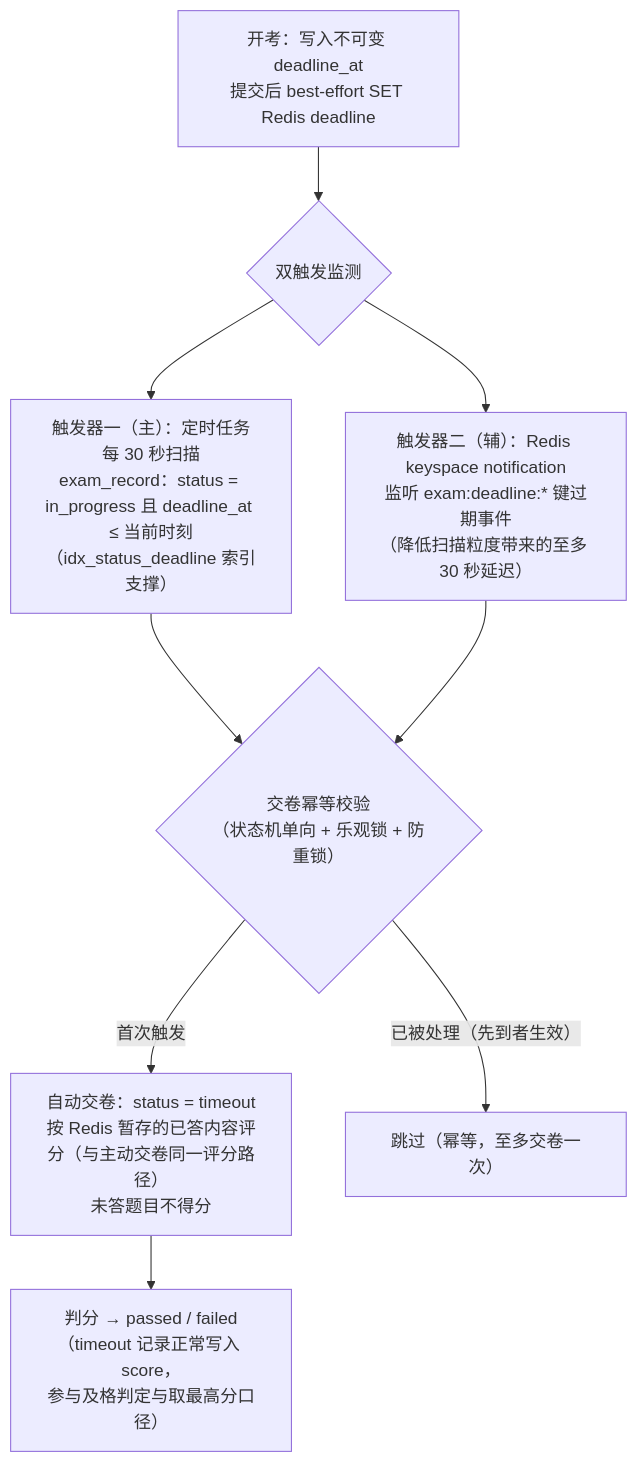
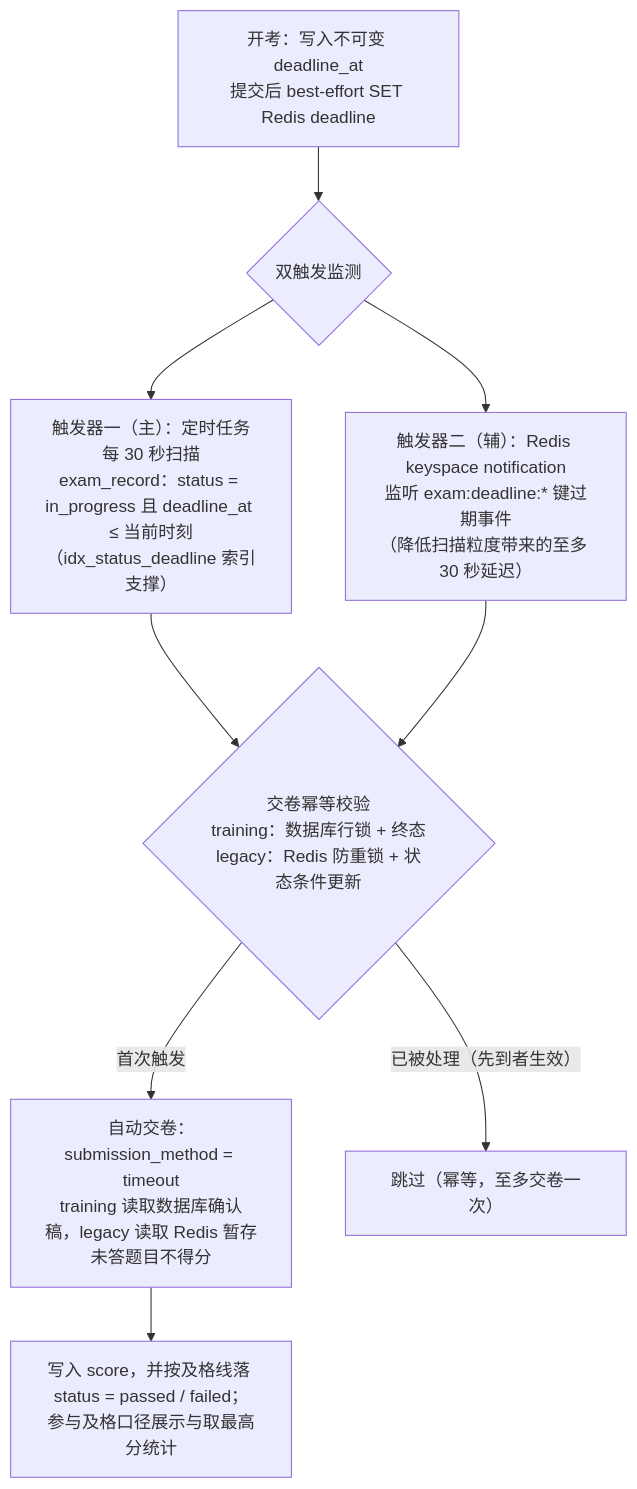
Diagram 13 of 23 in docs/design/06-关键流程.md (caoguanjie/emodor-exam), drawn with Mermaid before and after one commit. The commit also changed other lines of this file and 181 other files, not shown here.

````diff
--- a/docs/design/06-关键流程.md
+++ b/docs/design/06-关键流程.md
@@ -751,11 +762,11 @@
 ```mermaid
 flowchart TB
     START["开考：写入不可变 deadline_at<br/>提交后 best-effort SET Redis deadline"] --> DUAL{"双触发监测"}
     DUAL --> T1["触发器一（主）：定时任务每 30 秒扫描<br/>exam_record：status = in_progress 且 deadline_at ≤ 当前时刻<br/>（idx_status_deadline 索引支撑）"]
     DUAL --> T2["触发器二（辅）：Redis keyspace notification<br/>监听 exam:deadline:* 键过期事件<br/>（降低扫描粒度带来的至多 30 秒延迟）"]
-    T1 --> ID{"交卷幂等校验<br/>（状态机单向 + 乐观锁 + 防重锁）"}
+    T1 --> ID{"交卷幂等校验<br/>training：数据库行锁 + 终态<br/>legacy：Redis 防重锁 + 状态条件更新"}
     T2 --> ID
-    ID -->|"首次触发"| AUTO["自动交卷：status = timeout<br/>按 Redis 暂存的已答内容评分（与主动交卷同一评分路径）<br/>未答题目不得分"]
+    ID -->|"首次触发"| AUTO["自动交卷：submission_method = timeout<br/>training 读取数据库确认稿，legacy 读取 Redis 暂存<br/>未答题目不得分"]
     ID -->|"已被处理（先到者生效）"| SKIP["跳过（幂等，至多交卷一次）"]
-    AUTO --> GRADE["判分 → passed / failed（timeout 记录正常写入 score，<br/>参与及格判定与取最高分口径）"]
+    AUTO --> GRADE["写入 score，并按及格线落 status = passed / failed；<br/>参与及格口径展示与取最高分统计"]
 ```
````
